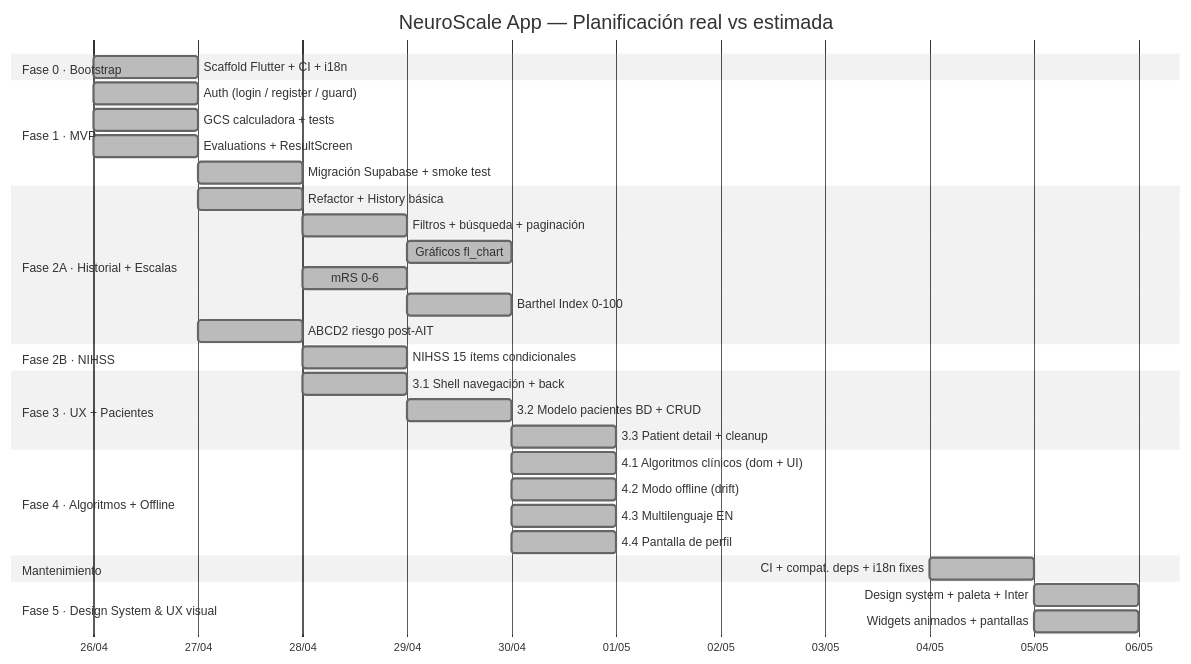
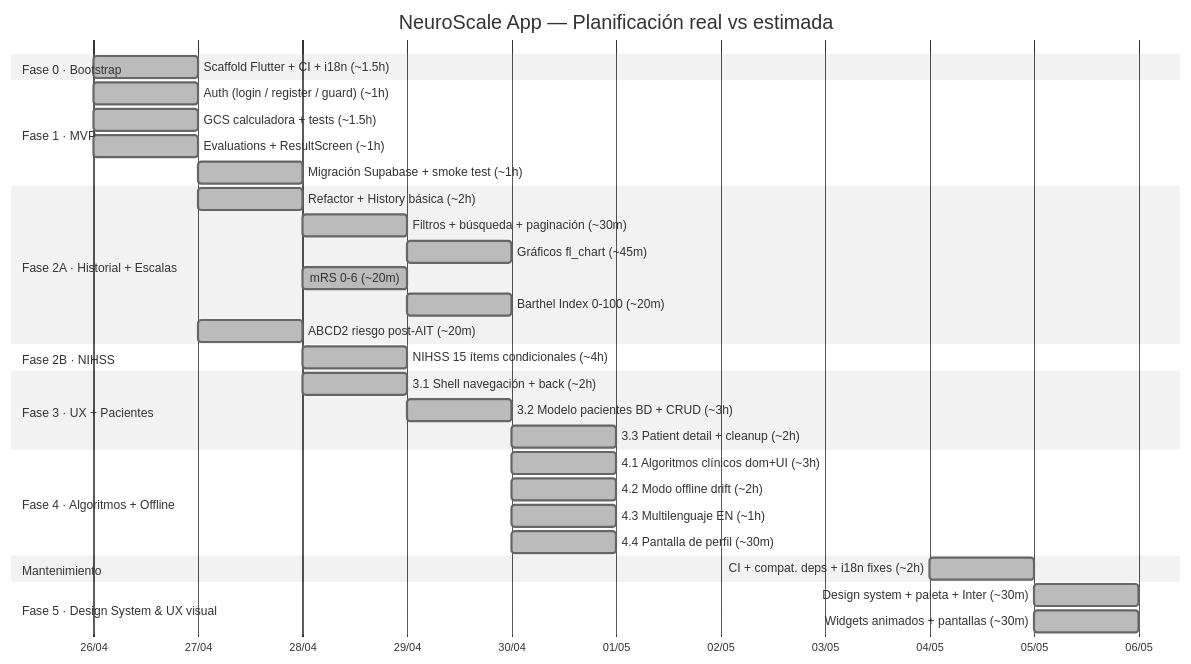
One commit to grisllo/NeuroScaleApp changed the diagram in README.md. Above: the diagram before and after it, drawn with Mermaid (neutral theme). The commit also changed other lines of this file, not shown here.

Commit message:
docs(gantt): añade estimaciones de horas por tarea derivadas de git timestamps
Cada tarea del diagrama de Gantt incluye ahora (~Xh/m) calculado desde
los timestamps reales de los commits. Total acumulado: ~28h de trabajo activo.

````diff
--- a/README.md
+++ b/README.md
@@ -13,44 +13,44 @@
 ```mermaid
 gantt
     title NeuroScale App — Planificación real vs estimada
     dateFormat  YYYY-MM-DD
     axisFormat  %d/%m
 
     section Fase 0 · Bootstrap
-    Scaffold Flutter + CI + i18n       :done, f0,  2026-04-26, 1d
+    Scaffold Flutter + CI + i18n (~1.5h)      :done, f0,   2026-04-26, 1d
 
     section Fase 1 · MVP
-    Auth (login / register / guard)    :done, f1a, 2026-04-26, 1d
-    GCS calculadora + tests            :done, f1b, 2026-04-26, 1d
-    Evaluations + ResultScreen         :done, f1c, 2026-04-26, 1d
-    Migración Supabase + smoke test    :done, f1d, 2026-04-27, 1d
+    Auth (login / register / guard) (~1h)     :done, f1a,  2026-04-26, 1d
+    GCS calculadora + tests (~1.5h)           :done, f1b,  2026-04-26, 1d
+    Evaluations + ResultScreen (~1h)          :done, f1c,  2026-04-26, 1d
+    Migración Supabase + smoke test (~1h)     :done, f1d,  2026-04-27, 1d
 
     section Fase 2A · Historial + Escalas
-    Refactor + History básica          :done, f2a1, 2026-04-27, 1d
-    Filtros + búsqueda + paginación    :done, f2a2, after f2a1, 1d
-    Gráficos fl_chart                  :done, f2a3, after f2a2, 1d
-    mRS 0-6                            :done, f2a4, after f2a1, 1d
-    Barthel Index 0-100                :done, f2a5, after f2a4, 1d
-    ABCD2 riesgo post-AIT              :done, f2a6, 2026-04-27, 1d
+    Refactor + History básica (~2h)           :done, f2a1, 2026-04-27, 1d
+    Filtros + búsqueda + paginación (~30m)    :done, f2a2, after f2a1, 1d
+    Gráficos fl_chart (~45m)                  :done, f2a3, after f2a2, 1d
+    mRS 0-6 (~20m)                            :done, f2a4, after f2a1, 1d
+    Barthel Index 0-100 (~20m)                :done, f2a5, after f2a4, 1d
+    ABCD2 riesgo post-AIT (~20m)              :done, f2a6, 2026-04-27, 1d
 
     section Fase 2B · NIHSS
-    NIHSS 15 ítems condicionales       :done, f2b, 2026-04-28, 1d
+    NIHSS 15 ítems condicionales (~4h)        :done, f2b,  2026-04-28, 1d
 
     section Fase 3 · UX + Pacientes
-    3.1 Shell navegación + back         :done, f3a, 2026-04-28, 1d
-    3.2 Modelo pacientes BD + CRUD      :done, f3b, 2026-04-29, 1d
-    3.3 Patient detail + cleanup        :done, f3c, 2026-04-30, 1d
+    3.1 Shell navegación + back (~2h)         :done, f3a,  2026-04-28, 1d
+    3.2 Modelo pacientes BD + CRUD (~3h)      :done, f3b,  2026-04-29, 1d
+    3.3 Patient detail + cleanup (~2h)        :done, f3c,  2026-04-30, 1d
 
     section Fase 4 · Algoritmos + Offline
-    4.1 Algoritmos clínicos (dom + UI)  :done, f4a, 2026-04-30, 1d
-    4.2 Modo offline (drift)            :done, f4b, 2026-04-30, 1d
-    4.3 Multilenguaje EN                :done, f4c, 2026-04-30, 1d
-    4.4 Pantalla de perfil              :done, f4d, 2026-04-30, 1d
+    4.1 Algoritmos clínicos dom+UI (~3h)      :done, f4a,  2026-04-30, 1d
+    4.2 Modo offline drift (~2h)              :done, f4b,  2026-04-30, 1d
+    4.3 Multilenguaje EN (~1h)                :done, f4c,  2026-04-30, 1d
+    4.4 Pantalla de perfil (~30m)             :done, f4d,  2026-04-30, 1d
 
     section Mantenimiento
-    CI + compat. deps + i18n fixes      :done, mnt, 2026-05-04, 1d
+    CI + compat. deps + i18n fixes (~2h)      :done, mnt,  2026-05-04, 1d
 
     section Fase 5 · Design System & UX visual
-    Design system + paleta + Inter      :done, f5a, 2026-05-05, 1d
-    Widgets animados + pantallas        :done, f5b, 2026-05-05, 1d
+    Design system + paleta + Inter (~30m)     :done, f5a,  2026-05-05, 1d
+    Widgets animados + pantallas (~30m)       :done, f5b,  2026-05-05, 1d
 ```
````
